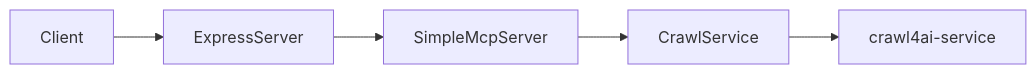
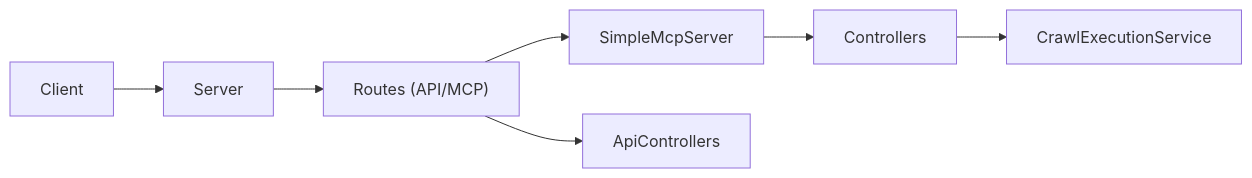
The diagram in README.md (SteffenHebestreit/webcrawl-mcp), drawn with Mermaid before and after one commit. The commit also changed other lines of this file and 30 other files, not shown here.

````diff
--- a/README.md
+++ b/README.md
@@ -200,7 +175,9 @@
 ```mermaid
 graph LR
-  Client --> ExpressServer
-  ExpressServer --> SimpleMcpServer
-  SimpleMcpServer --> CrawlService
-  CrawlService --> crawl4ai-service
+  Client --> Server
+  Server --> Router["Routes (API/MCP)"]
+  Router --> SimpleMcpServer
+  Router --> ApiControllers
+  SimpleMcpServer --> Controllers
+  Controllers --> CrawlExecutionService
 ```
````
